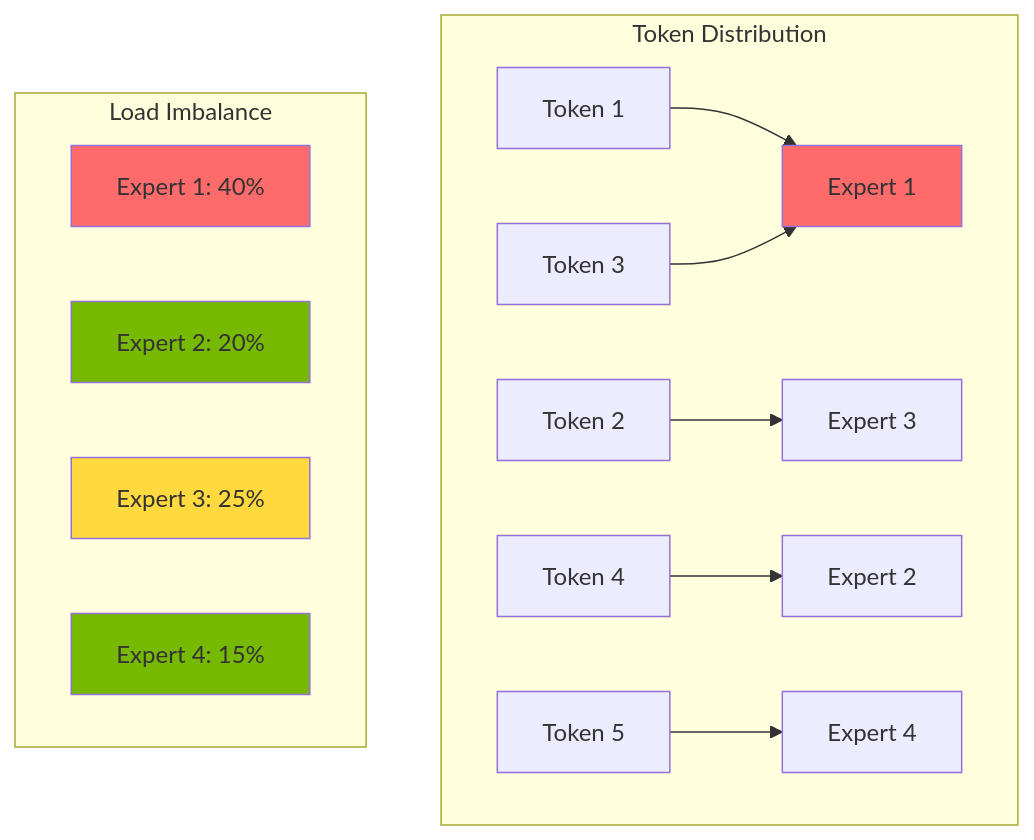
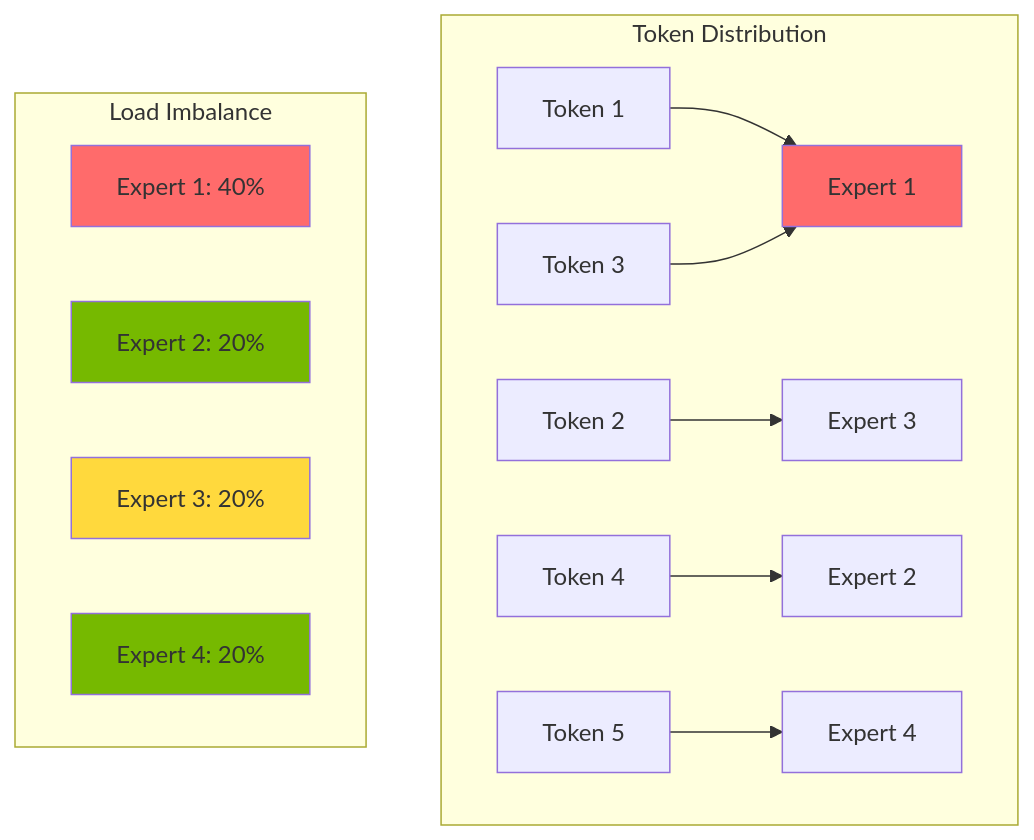
One commit to devfloor9/engineering-playbook changed the fourth of 6 diagrams in i18n/en/docusaurus-plugin-content-docs/current/agentic-ai-platform/model-serving/inference-frameworks/moe-model-serving.md. Above: the diagram before and after it, drawn with Mermaid. The commit also changed other lines of this file and 13 other files, not shown here.

````diff
--- a/i18n/en/docusaurus-plugin-content-docs/current/agentic-ai-platform/model-serving/inference-frameworks/moe-model-serving.md
+++ b/i18n/en/docusaurus-plugin-content-docs/current/agentic-ai-platform/model-serving/inference-frameworks/moe-model-serving.md
@@ -215,23 +245,23 @@
 ```mermaid
 flowchart TB
     subgraph Dist["Token Distribution"]
         T1[Token 1] --> E1[Expert 1]
         T2[Token 2] --> E3[Expert 3]
         T3[Token 3] --> E1
         T4[Token 4] --> E2[Expert 2]
         T5[Token 5] --> E4[Expert 4]
     end
 
     subgraph Load["Load Imbalance"]
         E1_LOAD[Expert 1: 40%]
         E2_LOAD[Expert 2: 20%]
-        E3_LOAD[Expert 3: 25%]
-        E4_LOAD[Expert 4: 15%]
+        E3_LOAD[Expert 3: 20%]
+        E4_LOAD[Expert 4: 20%]
     end
 
     style E1 fill:#ff6b6b
     style E1_LOAD fill:#ff6b6b
     style E2_LOAD fill:#76b900
     style E3_LOAD fill:#ffd93d
     style E4_LOAD fill:#76b900
 ```
````
